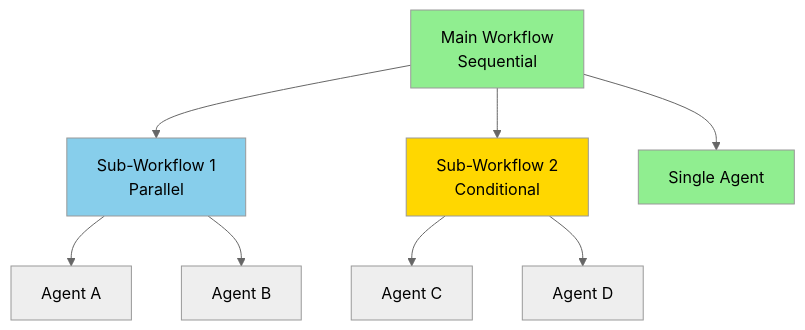
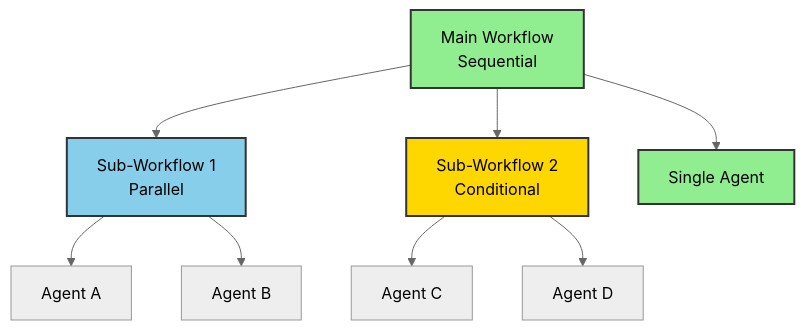
Before and after one commit to quarkusio/quarkus-workshop-langchain4j: the first of 6 diagrams in docs/docs/section-2/step-03.md, drawn with Mermaid (neutral theme). The commit also changed other lines of this file and 6 other files, not shown here.

Commit message:
update docs for better flow, and fix diagrams (#301)

````diff
--- a/docs/docs/section-2/step-03.md
+++ b/docs/docs/section-2/step-03.md
@@ -57,17 +57,17 @@
 ```mermaid
 graph TD
-    Main[Main Workflow<br/>Sequential] --> Sub1[Sub-Workflow 1<br/>Parallel]
-    Main --> Sub2[Sub-Workflow 2<br/>Conditional]
-    Main --> Agent[Single Agent]
+    Main["Main Workflow<br/>Sequential"] --> Sub1["Sub-Workflow 1<br/>Parallel"]
+    Main --> Sub2["Sub-Workflow 2<br/>Conditional"]
+    Main --> Agent["Single Agent"]
     
-    Sub1 --> A1[Agent A]
-    Sub1 --> A2[Agent B]
+    Sub1 --> A1["Agent A"]
+    Sub1 --> A2["Agent B"]
     
-    Sub2 --> B1[Agent C]
-    Sub2 --> B2[Agent D]
+    Sub2 --> B1["Agent C"]
+    Sub2 --> B2["Agent D"]
     
-    style Main fill:#90EE90
-    style Sub1 fill:#87CEEB
-    style Sub2 fill:#FFD700
-    style Agent fill:#90EE90
+    style Main fill:#90EE90,stroke:#333,stroke-width:2,color:#000
+    style Sub1 fill:#87CEEB,stroke:#333,stroke-width:2,color:#000
+    style Sub2 fill:#FFD700,stroke:#333,stroke-width:2,color:#000
+    style Agent fill:#90EE90,stroke:#333,stroke-width:2,color:#000
 ```
````
